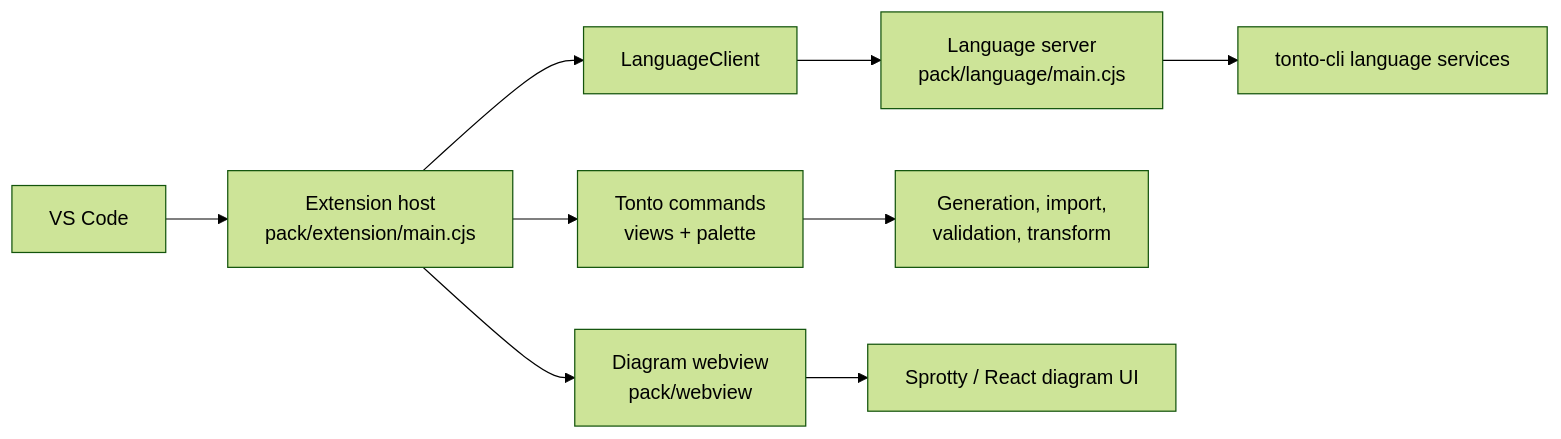
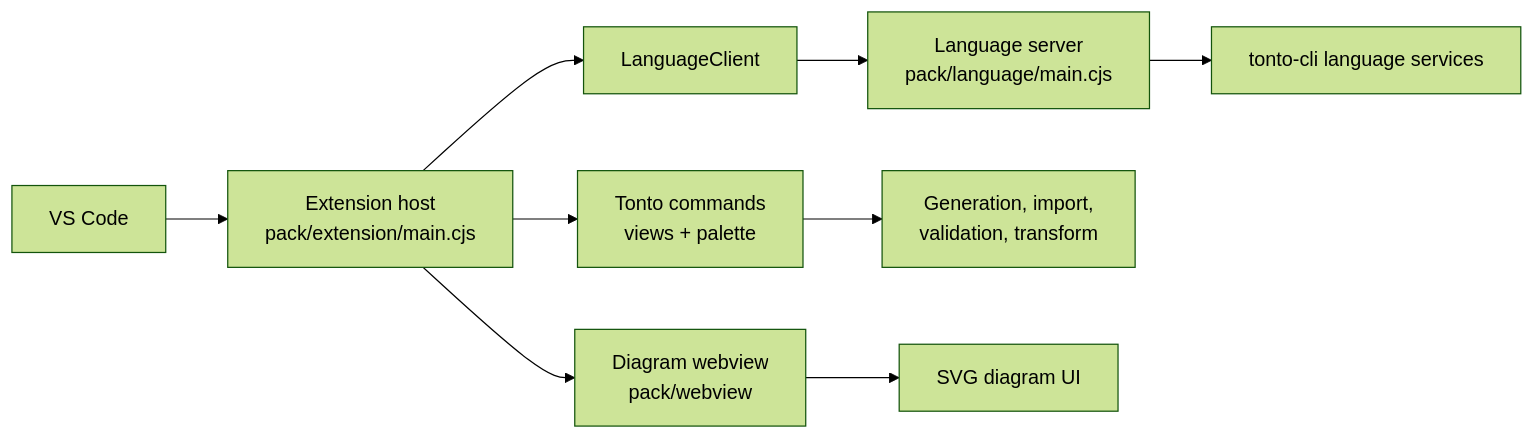
The diagram in packages/extension/README.md (nemo-ufes/Tonto), drawn with Mermaid (forest theme) before and after one commit. The commit also changed other lines of this file and 7 other files, not shown here.

Commit message:
fix: make JSON SVG views the only diagram interface

````diff
--- a/packages/extension/README.md
+++ b/packages/extension/README.md
@@ -19,11 +19,11 @@
 ```mermaid
 flowchart LR
     VSCode["VS Code"] --> Extension["Extension host<br/>pack/extension/main.cjs"]
     Extension --> Client["LanguageClient"]
     Client --> Server["Language server<br/>pack/language/main.cjs"]
     Server --> Tonto["tonto-cli language services"]
     Extension --> Commands["Tonto commands<br/>views + palette"]
     Commands --> CLI["Generation, import,<br/>validation, transform"]
     Extension --> Webview["Diagram webview<br/>pack/webview"]
-    Webview --> Model["Sprotty / React diagram UI"]
+    Webview --> Model["SVG diagram UI"]
 ```
````
